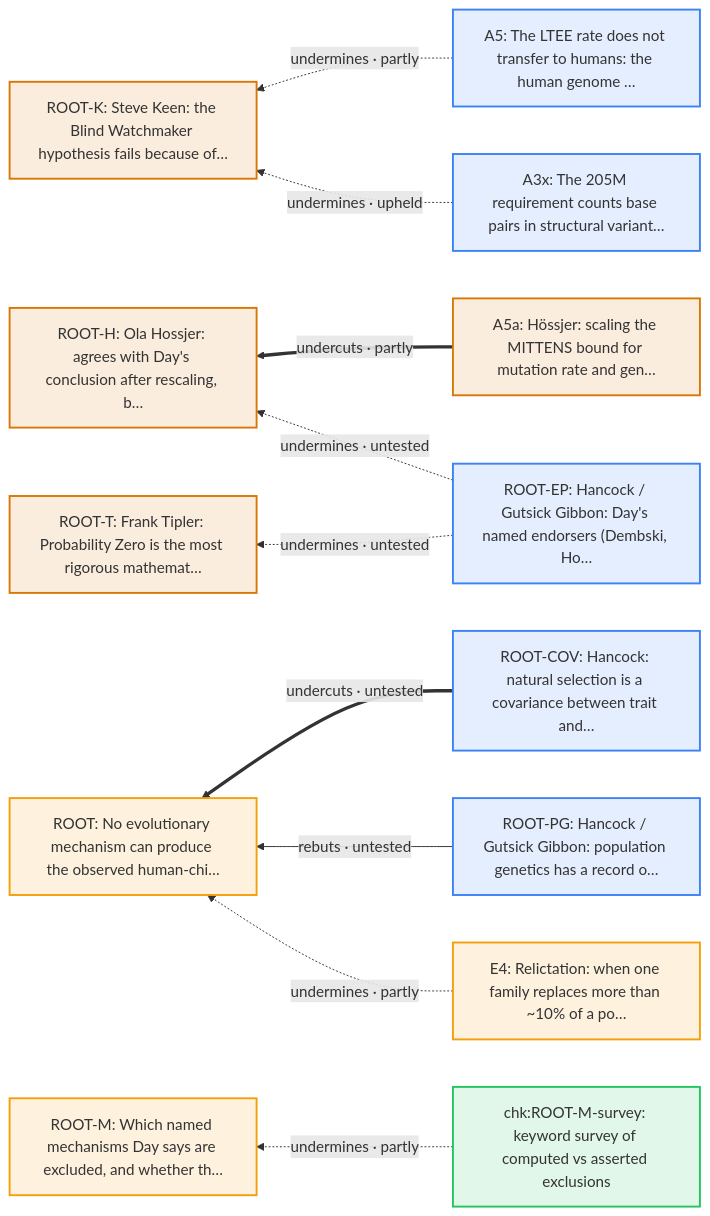
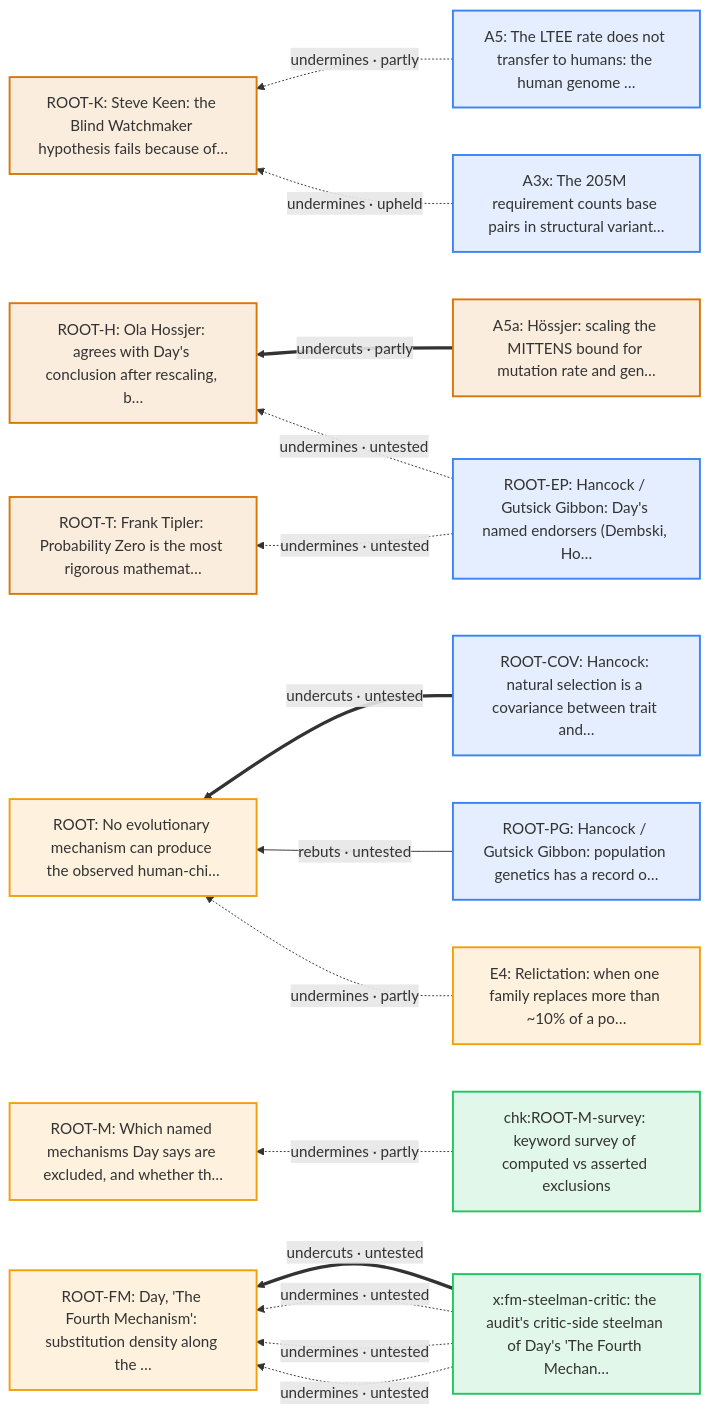
Diagram 16 of 19 in docs/arguments/defeaters.md (nickallevato/evo-sim), drawn with Mermaid before and after one commit. The commit also changed other lines of this file and 32 other files, not shown here.

First line of the commit message:
Integrate B3, B2/B, B3g, F3a (reviews #35-#42), H8 kscale16 comments, and Day's 'The Fourth Mechanism' (ROOT-FM, Q140-Q171): verdicts B3d holds/misread/contradicted, B2 holds, F3a holds; d374-d393, lineage, registry, slips S-B2-1..4 and RH-5..8, Bergeron mu, QUEUE, counts

````diff
--- a/docs/arguments/defeaters.md
+++ b/docs/arguments/defeaters.md
@@ -821,30 +835,36 @@
 ```mermaid
 flowchart RL
   classDef day fill:#f59e0b22,stroke:#f59e0b,stroke-width:2px
   classDef ally fill:#d9770622,stroke:#d97706,stroke-width:2px
   classDef critic fill:#3b82f622,stroke:#3b82f6,stroke-width:2px
   classDef literature fill:#a3a3a322,stroke:#a3a3a3,stroke-width:2px
   classDef audit fill:#22c55e22,stroke:#22c55e,stroke-width:2px
   A3x["A3x: The 205M requirement counts base pairs in structural variant…"]:::critic
   A5["A5: The LTEE rate does not transfer to humans: the human genome …"]:::critic
   A5a["A5a: Hössjer: scaling the MITTENS bound for mutation rate and gen…"]:::ally
   E4["E4: Relictation: when one family replaces more than ~10% of a po…"]:::day
   ROOT["ROOT: No evolutionary mechanism can produce the observed human-chi…"]:::day
   ROOT_COV["ROOT-COV: Hancock: natural selection is a covariance between trait and…"]:::critic
   ROOT_EP["ROOT-EP: Hancock / Gutsick Gibbon: Day's named endorsers (Dembski, Ho…"]:::critic
+  ROOT_FM["ROOT-FM: Day, 'The Fourth Mechanism': substitution density along the …"]:::day
   ROOT_H["ROOT-H: Ola Hossjer: agrees with Day's conclusion after rescaling, b…"]:::ally
   ROOT_K["ROOT-K: Steve Keen: the Blind Watchmaker hypothesis fails because of…"]:::ally
   ROOT_M["ROOT-M: Which named mechanisms Day says are excluded, and whether th…"]:::day
   ROOT_PG["ROOT-PG: Hancock / Gutsick Gibbon: population genetics has a record o…"]:::critic
   ROOT_T["ROOT-T: Frank Tipler: Probability Zero is the most rigorous mathemat…"]:::ally
   chk_ROOT_M_survey["chk:ROOT-M-survey: keyword survey of computed vs asserted exclusions"]:::audit
+  x_fm_steelman_critic["x:fm-steelman-critic: the audit's critic-side steelman of Day's 'The Fourth Mechan…"]:::audit
   E4 -.->|"undermines · partly"| ROOT
   ROOT_PG -->|"rebuts · untested"| ROOT
   ROOT_COV ==>|"undercuts · untested"| ROOT
+  x_fm_steelman_critic -.->|"undermines · untested"| ROOT_FM
+  x_fm_steelman_critic -.->|"undermines · untested"| ROOT_FM
+  x_fm_steelman_critic -.->|"undermines · untested"| ROOT_FM
+  x_fm_steelman_critic ==>|"undercuts · untested"| ROOT_FM
   ROOT_EP -.->|"undermines · untested"| ROOT_H
   A5a ==>|"undercuts · partly"| ROOT_H
   A3x -.->|"undermines · upheld"| ROOT_K
   A5 -.->|"undermines · partly"| ROOT_K
   chk_ROOT_M_survey -.->|"undermines · partly"| ROOT_M
   ROOT_EP -.->|"undermines · untested"| ROOT_T
 ```
````
